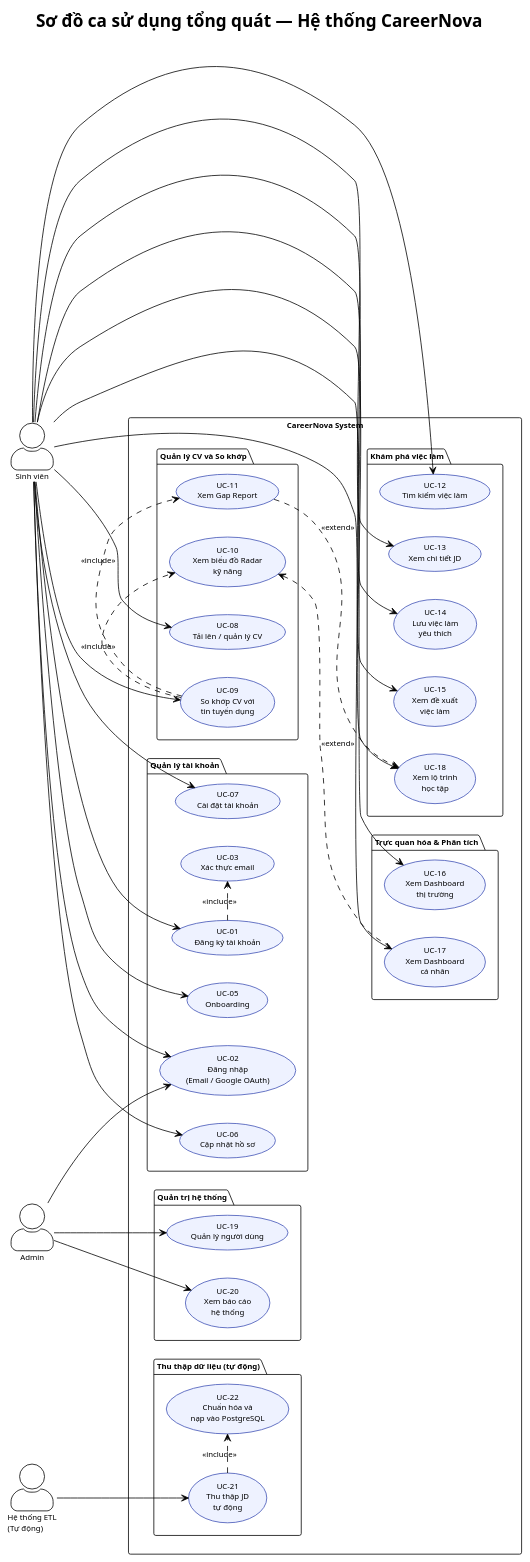
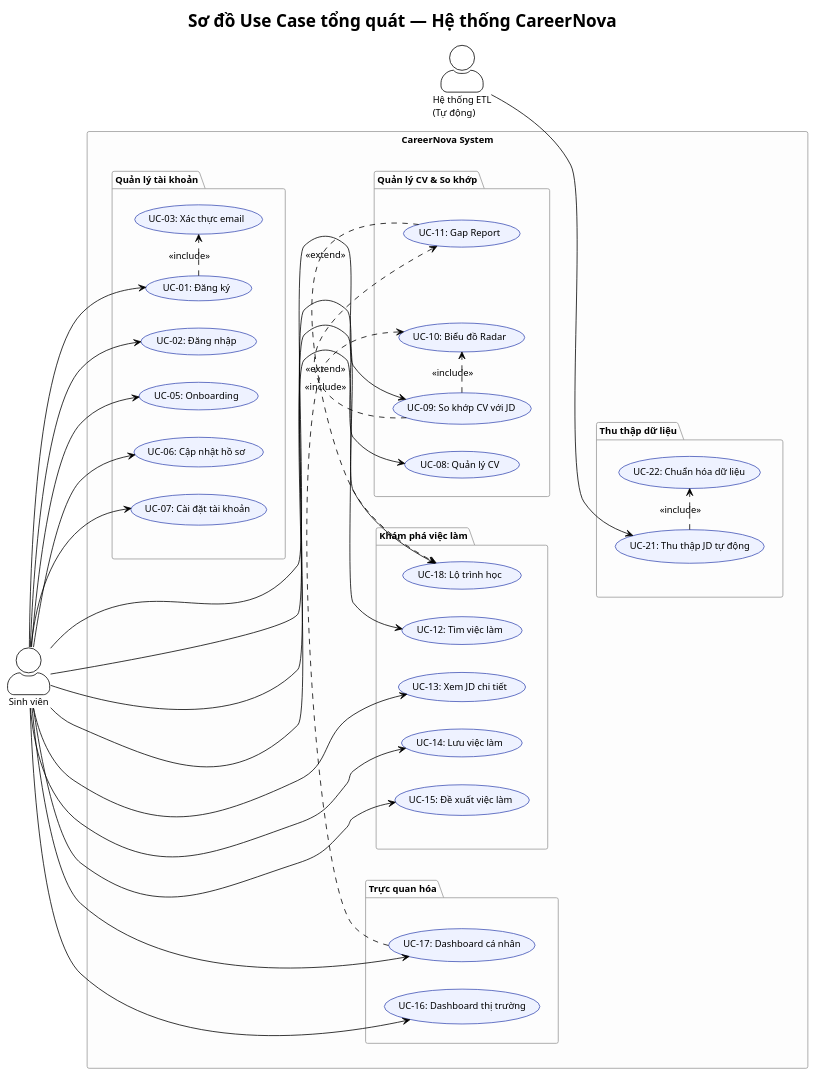
Before and after one commit to Myy1112/082026: the diagram in SourceCode/diagrams/usecase_diagram.puml, drawn with PlantUML. The commit also changed 29 other files, not shown here.

```diff
--- a/SourceCode/diagrams/usecase_diagram.puml
+++ b/SourceCode/diagrams/usecase_diagram.puml
@@ -1,94 +1,90 @@
 @startuml usecase_diagram
 !theme plain
 left to right direction
-skinparam defaultFontSize 10
+skinparam defaultFontSize 12
 skinparam defaultFontName Arial
 skinparam backgroundColor #FFFFFF
 skinparam actorStyle awesome
 skinparam usecase {
     BackgroundColor #EEF2FF
     BorderColor #3F51B5
-    FontSize 10
+    FontSize 12
+}
+skinparam package {
+    BackgroundColor #FDFDFD
+    BorderColor #999999
 }
 
-title Sơ đồ ca sử dụng tổng quát — Hệ thống CareerNova
+title Sơ đồ Use Case tổng quát — Hệ thống CareerNova
 
 actor "Sinh viên" as SV
-actor "Admin" as ADMIN
 actor "Hệ thống ETL\n(Tự động)" as ETL
 
 rectangle "CareerNova System" {
-
-    package "Quản lý tài khoản" {
-        usecase "UC-01\nĐăng ký tài khoản" as UC01
-        usecase "UC-02\nĐăng nhập\n(Email / Google OAuth)" as UC02
-        usecase "UC-03\nXác thực email" as UC03
-        usecase "UC-05\nOnboarding" as UC05
-        usecase "UC-06\nCập nhật hồ sơ" as UC06
-        usecase "UC-07\nCài đặt tài khoản" as UC07
+    package "Quản lý tài khoản" as P1 {
+        usecase "UC-01: Đăng ký" as UC01
+        usecase "UC-02: Đăng nhập" as UC02
+        usecase "UC-03: Xác thực email" as UC03
+        usecase "UC-05: Onboarding" as UC05
+        usecase "UC-06: Cập nhật hồ sơ" as UC06
+        usecase "UC-07: Cài đặt tài khoản" as UC07
     }
 
-    package "Quản lý CV và So khớp" {
-        usecase "UC-08\nTải lên / quản lý CV" as UC08
-        usecase "UC-09\nSo khớp CV với\ntin tuyển dụng" as UC09
-        usecase "UC-10\nXem biểu đồ Radar\nkỹ năng" as UC10
-        usecase "UC-11\nXem Gap Report" as UC11
+    package "Khám phá việc làm" as P2 {
+        usecase "UC-12: Tìm việc làm" as UC12
+        usecase "UC-13: Xem JD chi tiết" as UC13
+        usecase "UC-14: Lưu việc làm" as UC14
+        usecase "UC-15: Đề xuất việc làm" as UC15
+        usecase "UC-18: Lộ trình học" as UC18
     }
 
-    package "Khám phá việc làm" {
-        usecase "UC-12\nTìm kiếm việc làm" as UC12
-        usecase "UC-13\nXem chi tiết JD" as UC13
-        usecase "UC-14\nLưu việc làm\nyêu thích" as UC14
-        usecase "UC-15\nXem đề xuất\nviệc làm" as UC15
-        usecase "UC-18\nXem lộ trình\nhọc tập" as UC18
+    package "Quản lý CV & So khớp" as P3 {
+        usecase "UC-08: Quản lý CV" as UC08
+        usecase "UC-09: So khớp CV với JD" as UC09
+        usecase "UC-10: Biểu đồ Radar" as UC10
+        usecase "UC-11: Gap Report" as UC11
     }
 
-    package "Trực quan hóa & Phân tích" {
-        usecase "UC-16\nXem Dashboard\nthị trường" as UC16
-        usecase "UC-17\nXem Dashboard\ncá nhân" as UC17
+    package "Trực quan hóa" as P4 {
+        usecase "UC-16: Dashboard thị trường" as UC16
+        usecase "UC-17: Dashboard cá nhân" as UC17
     }
 
-    package "Quản trị hệ thống" {
-        usecase "UC-19\nQuản lý người dùng" as UC19
-        usecase "UC-20\nXem báo cáo\nhệ thống" as UC20
-    }
-
-    package "Thu thập dữ liệu (tự động)" {
-        usecase "UC-21\nThu thập JD\ntự động" as UC21
-        usecase "UC-22\nChuẩn hóa và\nnạp vào PostgreSQL" as UC22
+    package "Thu thập dữ liệu" as P5 {
+        usecase "UC-21: Thu thập JD tự động" as UC21
+        usecase "UC-22: Chuẩn hóa dữ liệu" as UC22
     }
 }
 
-' Sinh viên
+' Grouping packages to balance the layout horizontally
+P1 -[hidden]down-> P3
+P3 -[hidden]down-> P4
+
+P2 -[hidden]down-> P5
+
+' Connections
 SV --> UC01
 SV --> UC02
 SV --> UC05
 SV --> UC06
 SV --> UC07
 SV --> UC08
 SV --> UC09
 SV --> UC12
 SV --> UC13
 SV --> UC14
 SV --> UC15
 SV --> UC16
 SV --> UC17
 SV --> UC18
 
-' include / extend
-UC01 .right.> UC03 : <<include>>
-UC09 .right.> UC10 : <<include>>
-UC09 .right.> UC11 : <<include>>
-UC11 .down.> UC18  : <<extend>>
-UC17 .up.>   UC10  : <<extend>>
+ETL --> UC21
 
-' Admin
-ADMIN --> UC02
-ADMIN --> UC19
-ADMIN --> UC20
-
-' ETL
-ETL --> UC21
-UC21 .right.> UC22 : <<include>>
+UC01 .> UC03 : <<include>>
+UC09 .> UC10 : <<include>>
+UC09 .> UC11 : <<include>>
+UC11 .> UC18  : <<extend>>
+UC17 .> UC10  : <<extend>>
+UC21 .> UC22 : <<include>>
 
 @enduml
```
